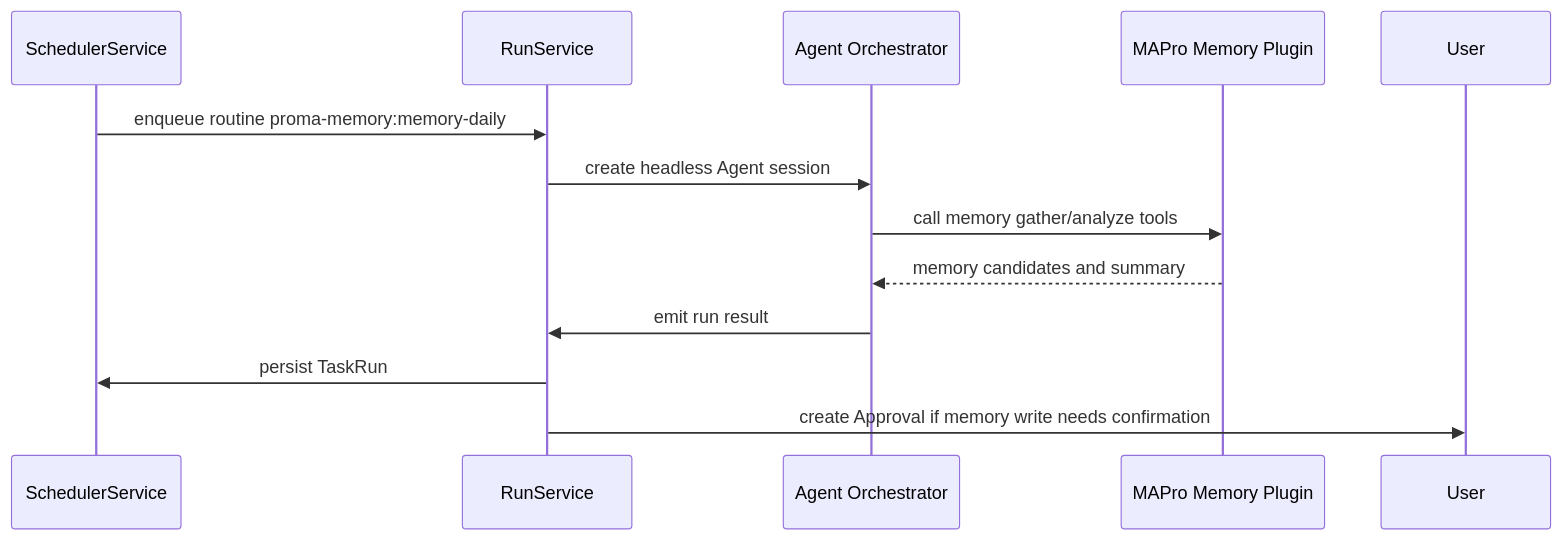
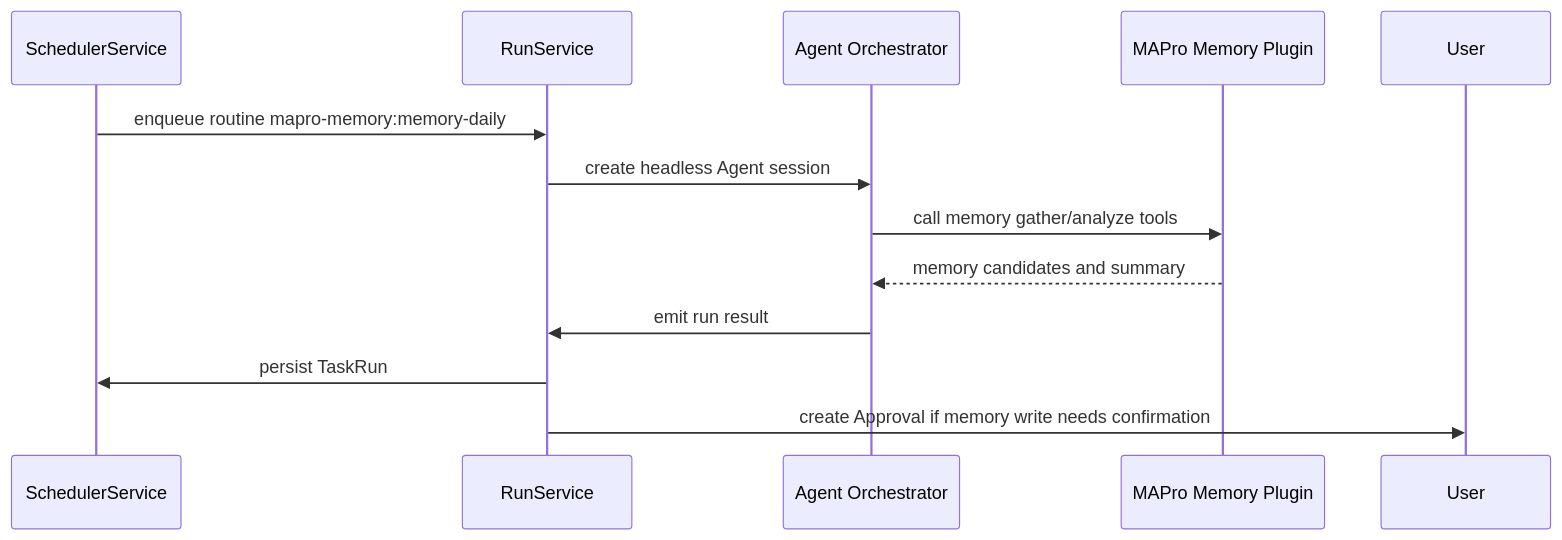
The third of 3 diagrams in docs/proactive-scheduler-monitor-design.md (andrewchay/mapro), drawn with Mermaid before and after one commit. The commit also changed other lines of this file and 89 other files, not shown here.

````diff
--- a/docs/proactive-scheduler-monitor-design.md
+++ b/docs/proactive-scheduler-monitor-design.md
@@ -734,16 +734,16 @@
 ```mermaid
 sequenceDiagram
   participant S as SchedulerService
   participant R as RunService
   participant A as Agent Orchestrator
   participant P as MAPro Memory Plugin
   participant U as User
 
-  S->>R: enqueue routine proma-memory:memory-daily
+  S->>R: enqueue routine mapro-memory:memory-daily
   R->>A: create headless Agent session
   A->>P: call memory gather/analyze tools
   P-->>A: memory candidates and summary
   A->>R: emit run result
   R->>S: persist TaskRun
   R->>U: create Approval if memory write needs confirmation
 ```
````
